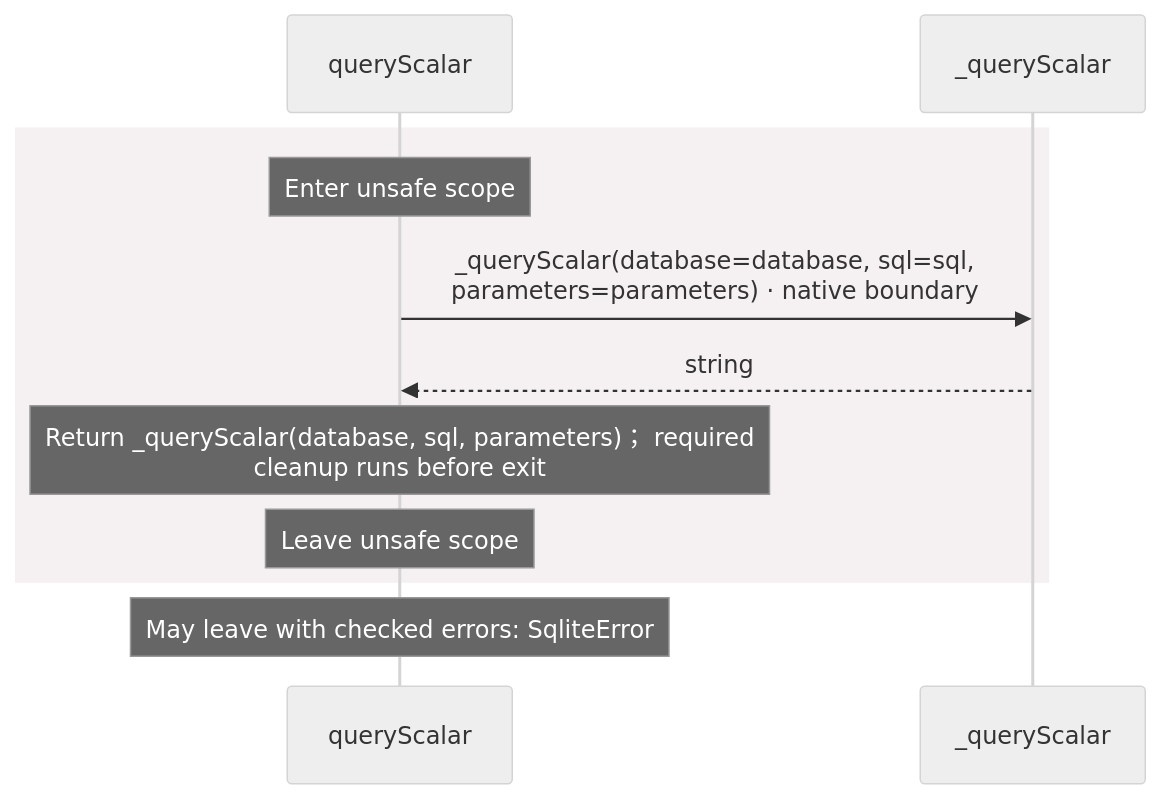
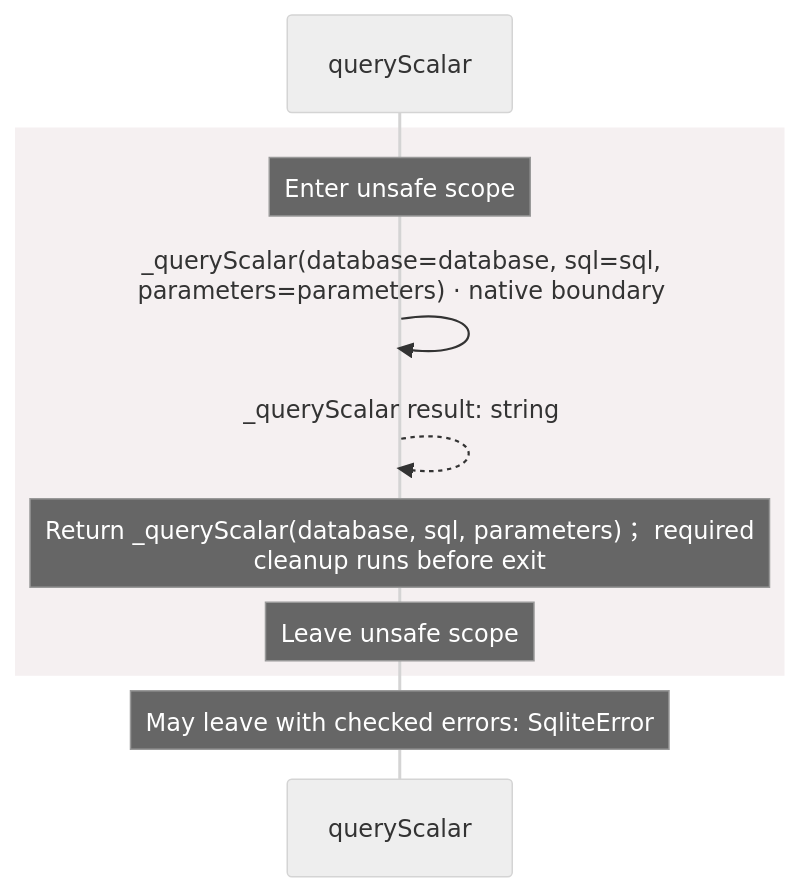
One commit to GreenPandaStudios/augscript changed the sixth of 6 diagrams in docs/examples/native-sqlite/dependencies/packages/@greenpandastudios/aug-sqlite/0.1.5/api-diagrams.md. Above: the diagram before and after it, drawn with Mermaid (neutral theme). The commit also changed other lines of this file and 304 other files, not shown here.

Commit message:
Make generated data-flow sequences concise and review every diagram

````diff
--- a/docs/examples/native-sqlite/dependencies/packages/@greenpandastudios/aug-sqlite/0.1.5/api-diagrams.md
+++ b/docs/examples/native-sqlite/dependencies/packages/@greenpandastudios/aug-sqlite/0.1.5/api-diagrams.md
@@ -171,13 +148,13 @@
 ```mermaid
 sequenceDiagram
     participant p0 as queryScalar
-    participant p1 as _queryScalar
+
     rect rgb(245, 240, 241)
     Note over p0: Enter unsafe scope
-    p0->>p1: _queryScalar(database=database, sql=sql,<br/>parameters=parameters) · native boundary
-    p1-->>p0: string
+    p0->>p0: _queryScalar(database=database, sql=sql,<br/>parameters=parameters) · native boundary
+    p0-->>p0: _queryScalar result: string
     Note over p0: Return _queryScalar(database, sql, parameters)； required<br/>cleanup runs before exit
     Note over p0: Leave unsafe scope
     end
     Note over p0: May leave with checked errors: SqliteError
 ```
````
